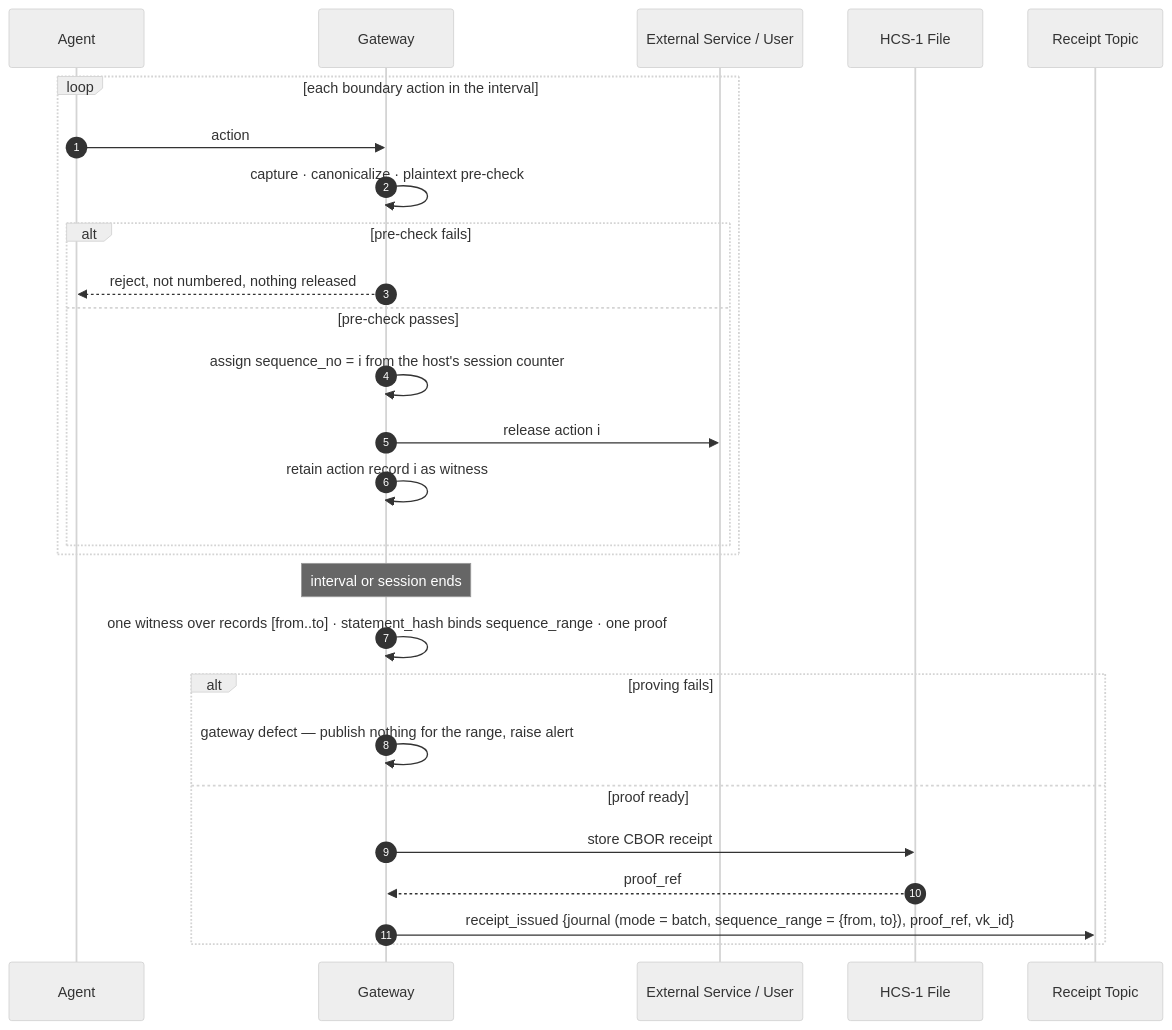
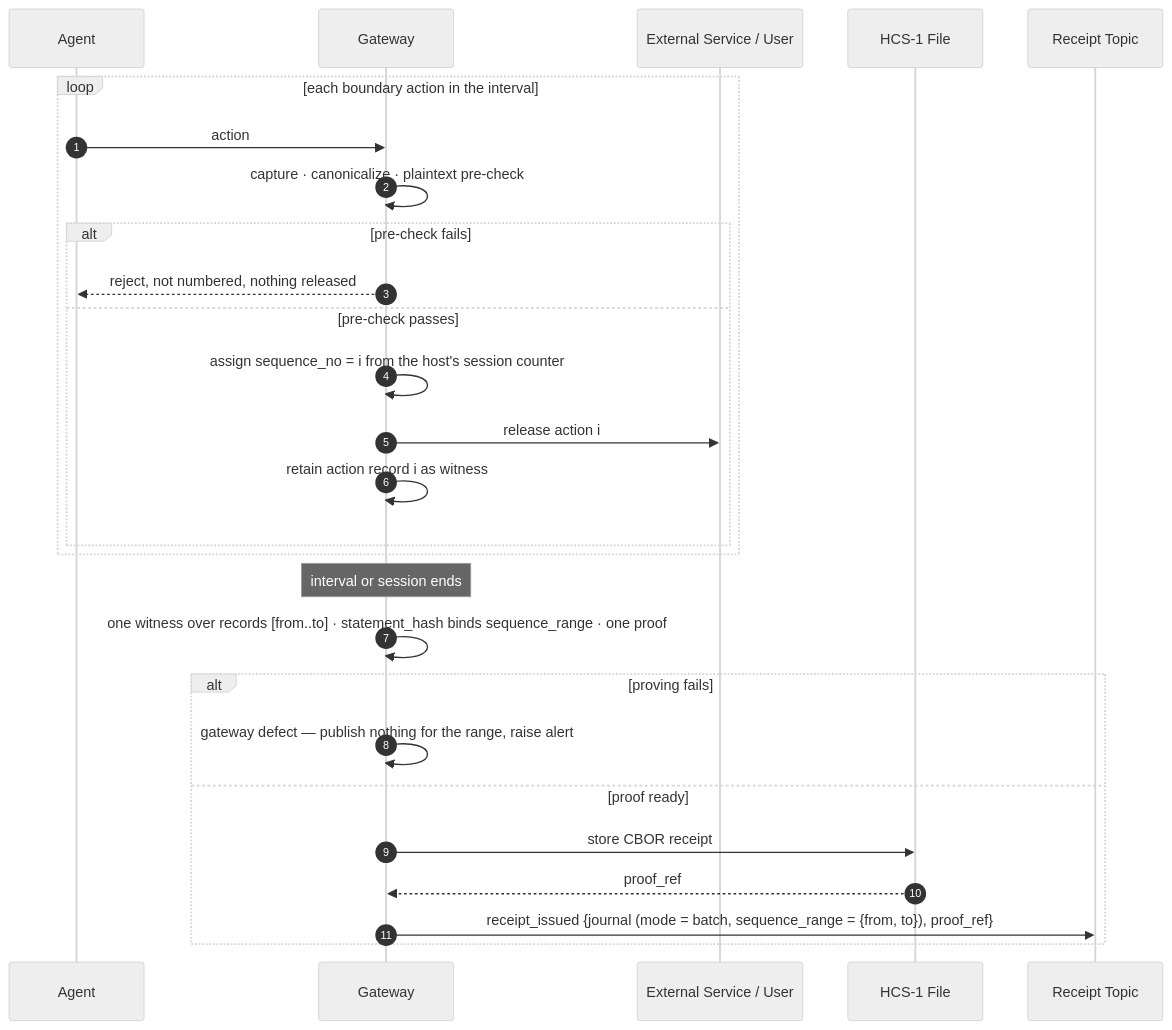
One commit to hashgraph-online/cryptographic-agent-execution-wg changed the tenth of 23 diagrams in drafts/ZKBC-Architecture-Diagrams.md. Above: the diagram before and after it, drawn with Mermaid (neutral theme). The commit also changed other lines of this file and 3 other files, not shown here.

````diff
--- a/drafts/ZKBC-Architecture-Diagrams.md
+++ b/drafts/ZKBC-Architecture-Diagrams.md
@@ -459,30 +463,30 @@
 ```mermaid
 sequenceDiagram
   autonumber
   participant Agent
   participant Gateway
   participant Ext as External Service / User
   participant F1 as HCS-1 File
   participant RT as Receipt Topic
 
   loop each boundary action in the interval
     Agent->>Gateway: action
     Gateway->>Gateway: capture · canonicalize · plaintext pre-check
     alt pre-check fails
       Gateway-->>Agent: reject, not numbered, nothing released
     else pre-check passes
       Gateway->>Gateway: assign sequence_no = i from the host's session counter
       Gateway->>Ext: release action i
       Gateway->>Gateway: retain action record i as witness
     end
   end
   Note over Gateway: interval or session ends
   Gateway->>Gateway: one witness over records [from..to] · statement_hash binds sequence_range · one proof
   alt proving fails
     Gateway->>Gateway: gateway defect — publish nothing for the range, raise alert
   else proof ready
     Gateway->>F1: store CBOR receipt
     F1-->>Gateway: proof_ref
-    Gateway->>RT: receipt_issued {journal (mode = batch, sequence_range = {from, to}), proof_ref, vk_id}
+    Gateway->>RT: receipt_issued {journal (mode = batch, sequence_range = {from, to}), proof_ref}
   end
 ```
````
